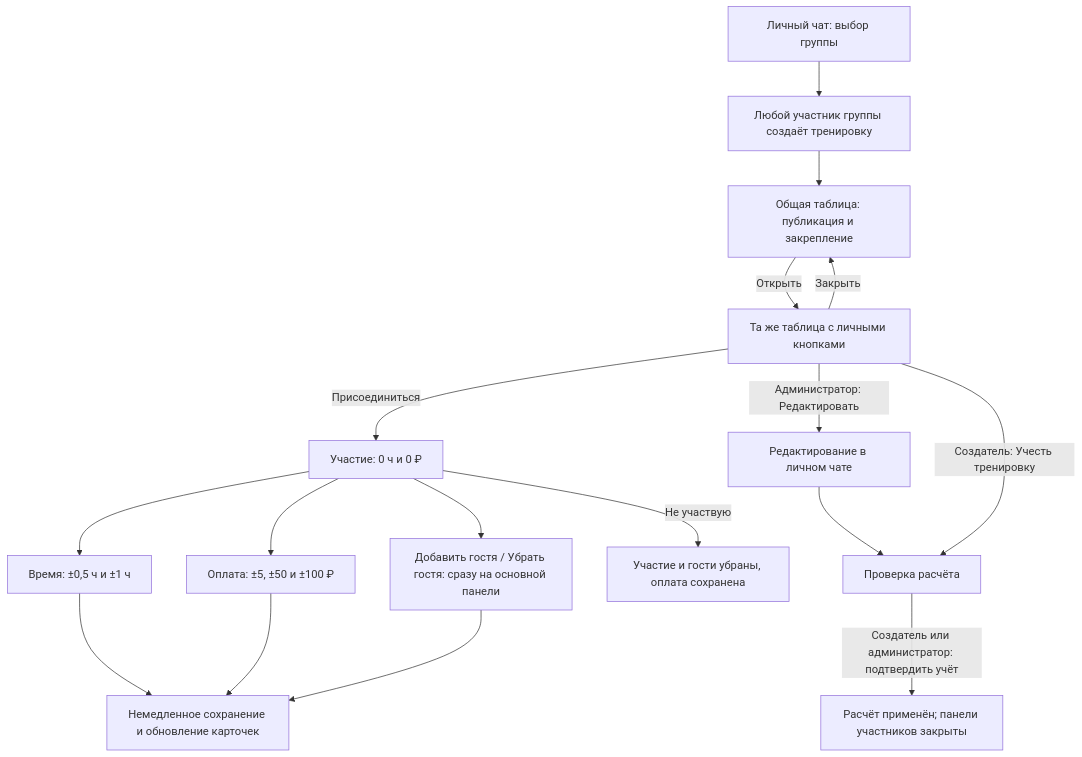
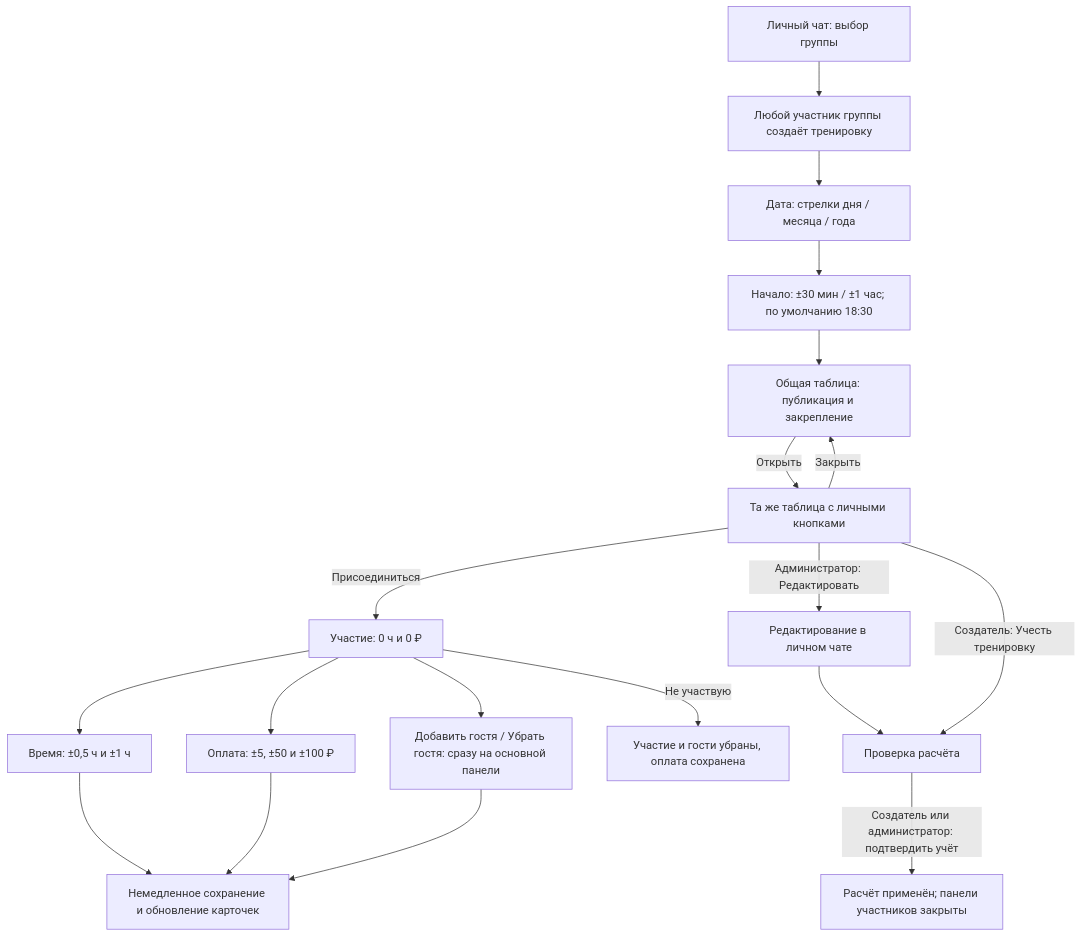
Before and after one commit to Romamor/tennis-split-bot: the first of 3 diagrams in docs/UI_FLOW_REVIEW.md, drawn with Mermaid. The commit also changed other lines of this file and 31 other files, not shown here.

````diff
--- a/docs/UI_FLOW_REVIEW.md
+++ b/docs/UI_FLOW_REVIEW.md
@@ -13,19 +13,21 @@
 ```mermaid
 flowchart TD
     Menu[Личный чат: выбор группы] --> Create[Любой участник группы создаёт тренировку]
-    Create --> Public[Общая таблица: публикация и закрепление]
+    Create --> DatePicker[Дата: стрелки дня / месяца / года]
+    DatePicker --> StartTime[Начало: ±30 мин / ±1 час; по умолчанию 18:30]
+    StartTime --> Public[Общая таблица: публикация и закрепление]
     Public -->|Открыть| Personal[Та же таблица с личными кнопками]
     Personal -->|Присоединиться| Joined[Участие: 0 ч и 0 ₽]
     Joined --> Time[Время: ±0,5 ч и ±1 ч]
     Joined --> Payment[Оплата: ±5, ±50 и ±100 ₽]
     Joined --> Guests[Добавить гостя / Убрать гостя: сразу на основной панели]
     Time --> Save[Немедленное сохранение и обновление карточек]
     Payment --> Save
     Guests --> Save
     Joined -->|Не участвую| Leave[Участие и гости убраны, оплата сохранена]
     Personal -->|Закрыть| Public
     Personal -->|Администратор: Редактировать| Editor[Редактирование в личном чате]
     Editor --> Preview[Проверка расчёта]
     Personal -->|Создатель: Учесть тренировку| Preview
     Preview -->|Создатель или администратор: подтвердить учёт| Accounted[Расчёт применён; панели участников закрыты]
 ```
````
